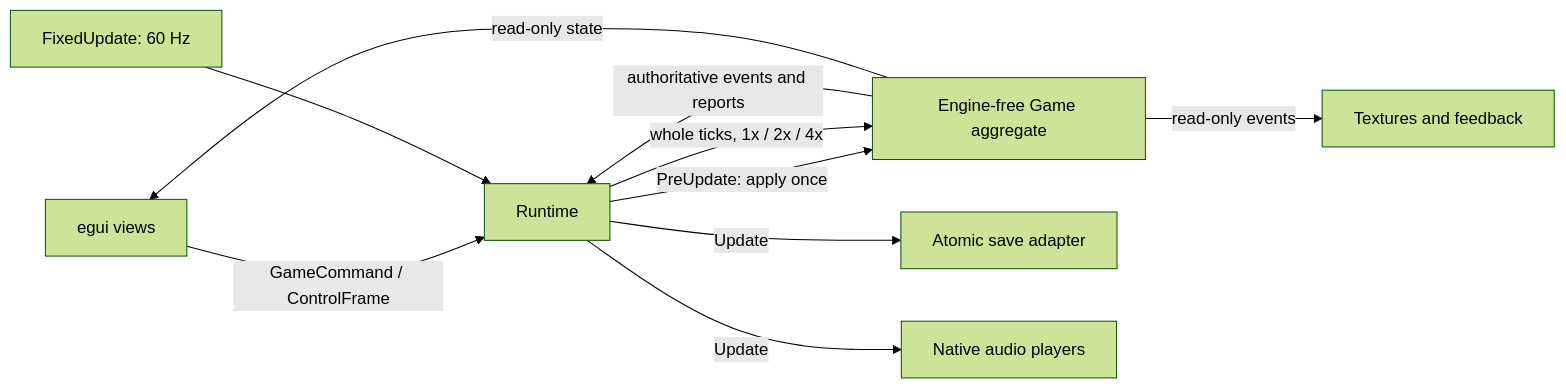
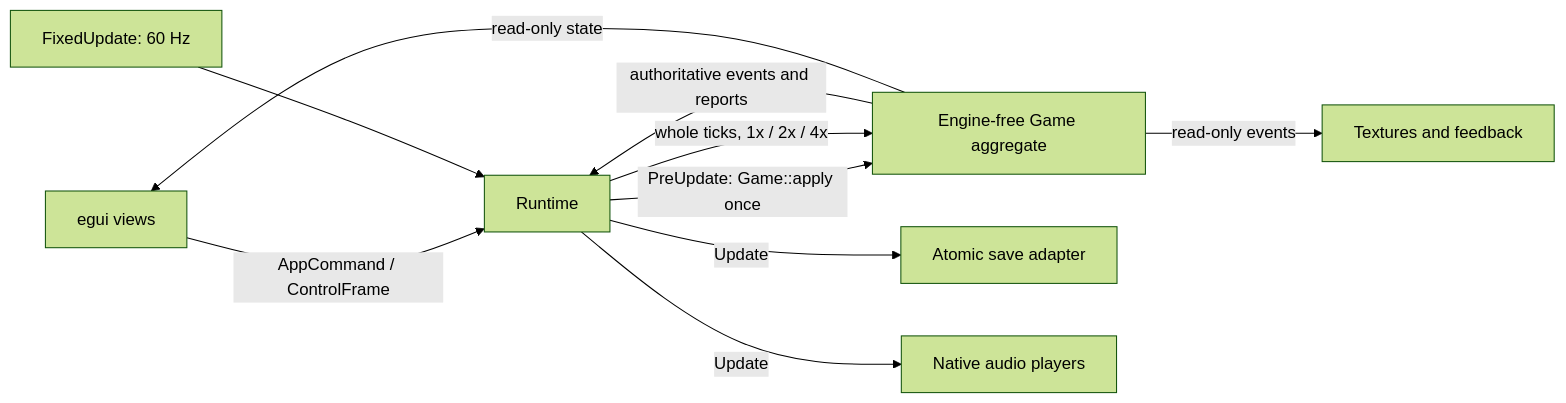
The diagram in horde-defense/docs/ARCHITECTURE.md (Luis85/bevy-experiments), drawn with Mermaid (forest theme) before and after one commit. The commit also changed other lines of this file and 22 other files, not shown here.

First line of the commit message:
refactor(horde): move command dispatch into core Game::apply

````diff
--- a/horde-defense/docs/ARCHITECTURE.md
+++ b/horde-defense/docs/ARCHITECTURE.md
@@ -22,12 +23,12 @@
 ```mermaid
 flowchart LR
-    UI[egui views] -->|GameCommand / ControlFrame| Runtime
-    Runtime -->|PreUpdate: apply once| Game[Engine-free Game aggregate]
+    UI[egui views] -->|AppCommand / ControlFrame| Runtime
+    Runtime -->|PreUpdate: Game::apply once| Game[Engine-free Game aggregate]
     Fixed[FixedUpdate: 60 Hz] --> Runtime
     Runtime -->|whole ticks, 1x / 2x / 4x| Game
     Game -->|authoritative events and reports| Runtime
     Runtime -->|Update| Save[Atomic save adapter]
     Runtime -->|Update| Audio[Native audio players]
     Game -->|read-only state| UI
     Game -->|read-only events| Art[Textures and feedback]
 ```
````
